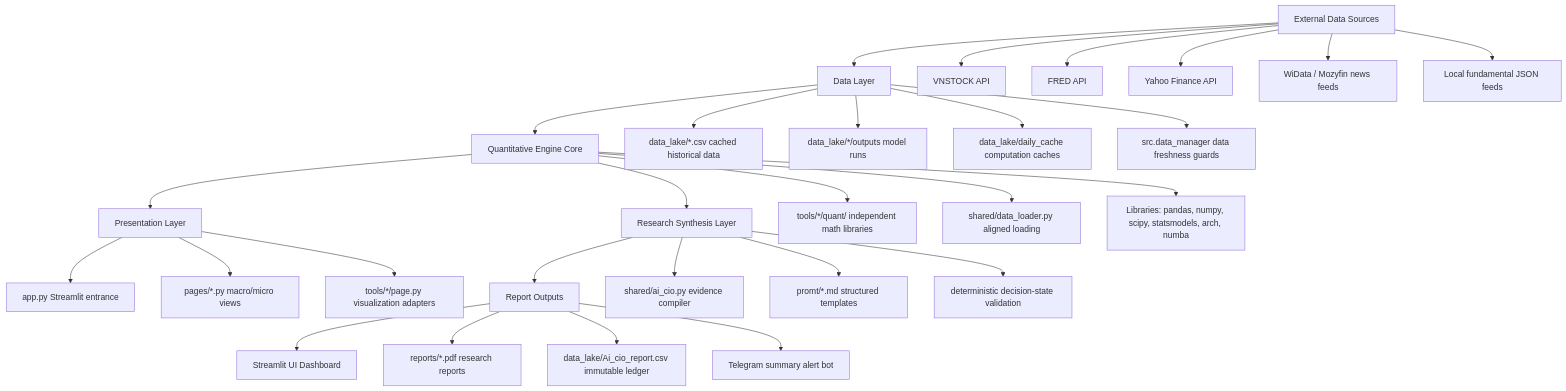
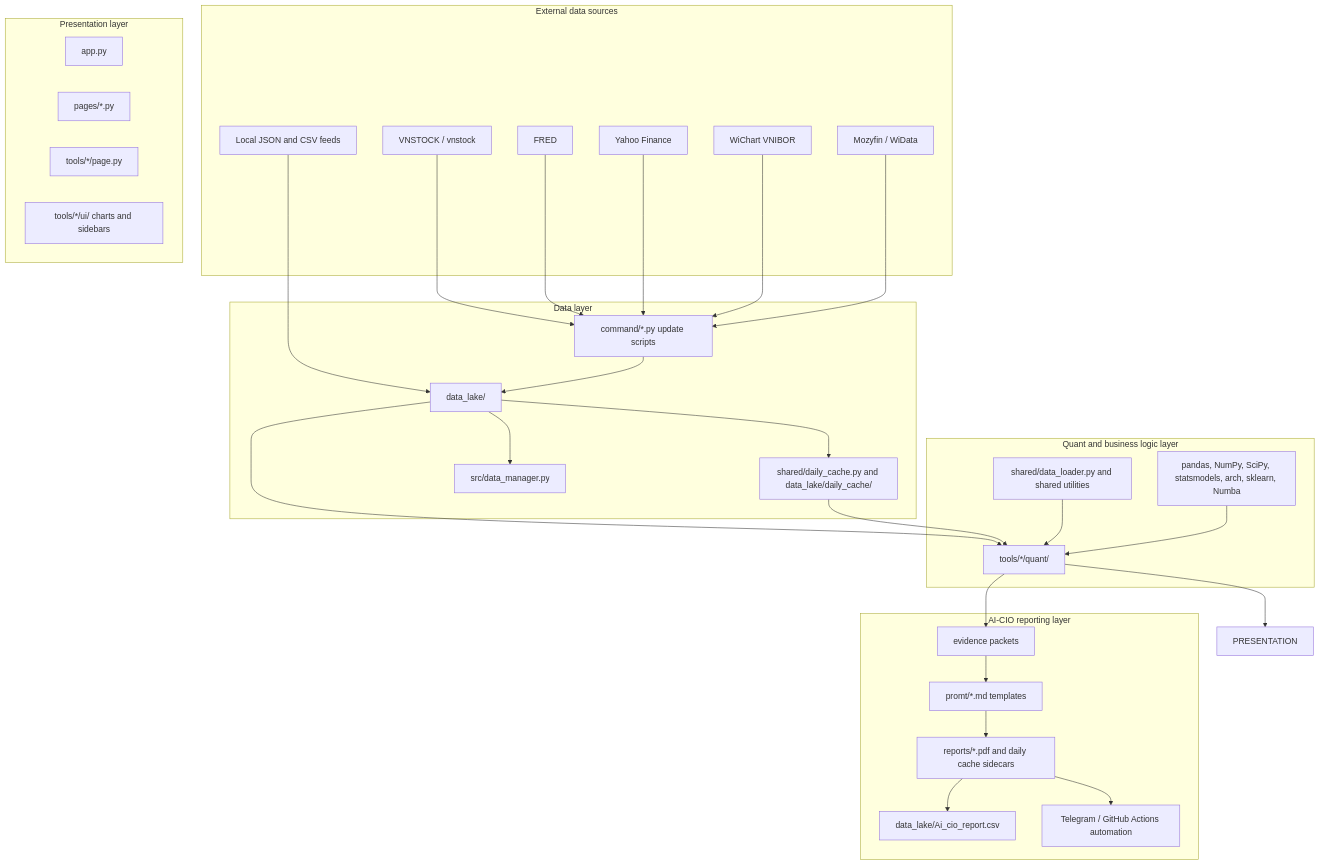
The diagram in README.md (cuocsongthinhvuong8868-sketch/onl_quant-platform), drawn with Mermaid before and after one commit. The commit also changed other lines of this file, not shown here.

````diff
--- a/README.md
+++ b/README.md
@@ -51,36 +66,59 @@
 ```mermaid
-flowchart TD
-    A[External Data Sources] --> B[Data Layer]
-    B --> C[Quantitative Engine Core]
-    C --> D[Presentation Layer]
-    C --> E[Research Synthesis Layer]
-    E --> F[Report Outputs]
+flowchart TB
+    subgraph External_Data[External data sources]
+        VNSTOCK[VNSTOCK / vnstock]
+        FRED[FRED]
+        YAHOO[Yahoo Finance]
+        WICHART[WiChart VNIBOR]
+        NEWS[Mozyfin / WiData]
+        LOCAL[Local JSON and CSV feeds]
+    end
 
-    A --> A1[VNSTOCK API]
-    A --> A2[FRED API]
-    A --> A3[Yahoo Finance API]
-    A --> A4[WiData / Mozyfin news feeds]
-    A --> A5[Local fundamental JSON feeds]
+    subgraph Data_Layer[Data layer]
+        LAKE[data_lake/]
+        COMMANDS[command/*.py update scripts]
+        CACHE[shared/daily_cache.py and data_lake/daily_cache/]
+        HEALTH[src/data_manager.py]
+    end
 
-    B --> B1[data_lake/*.csv cached historical data]
-    B --> B2[data_lake/*/outputs model runs]
-    B --> B3[data_lake/daily_cache computation caches]
-    B --> B4[src.data_manager data freshness guards]
+    subgraph Quant_Layer[Quant and business logic layer]
+        QUANT[tools/*/quant/]
+        SHARED[shared/data_loader.py and shared utilities]
+        LIBS[pandas, NumPy, SciPy, statsmodels, arch, sklearn, Numba]
+    end
 
-    C --> C1[tools/*/quant/ independent math libraries]
-    C --> C2[shared/data_loader.py aligned loading]
-    C --> C3[Libraries: pandas, numpy, scipy, statsmodels, arch, numba]
+    subgraph Presentation[Presentation layer]
+        APP[app.py]
+        PAGES[pages/*.py]
+        TOOLPAGES[tools/*/page.py]
+        CHARTS[tools/*/ui/ charts and sidebars]
+    end
 
-    D --> D1[app.py Streamlit entrance]
-    D --> D2[pages/*.py macro/micro views]
-    D --> D3[tools/*/page.py visualization adapters]
+    subgraph AI_CIO[AI-CIO reporting layer]
+        PACKETS[evidence packets]
+        PROMPTS[promt/*.md templates]
+        LEDGER[data_lake/Ai_cio_report.csv]
+        REPORTS[reports/*.pdf and daily cache sidecars]
+        DELIVERY[Telegram / GitHub Actions automation]
+    end
 
-    E --> E1[shared/ai_cio.py evidence compiler]
-    E --> E2[promt/*.md structured templates]
-    E --> E3[deterministic decision-state validation]
-
-    F --> F1[Streamlit UI Dashboard]
-    F --> F2[reports/*.pdf research reports]
-    F --> F3[data_lake/Ai_cio_report.csv immutable ledger]
-    F --> F4[Telegram summary alert bot]
+    VNSTOCK --> COMMANDS
+    FRED --> COMMANDS
+    YAHOO --> COMMANDS
+    WICHART --> COMMANDS
+    NEWS --> COMMANDS
+    LOCAL --> LAKE
+    COMMANDS --> LAKE
+    LAKE --> CACHE
+    LAKE --> HEALTH
+    LAKE --> QUANT
+    CACHE --> QUANT
+    QUANT --> PRESENTATION
+    SHARED --> QUANT
+    LIBS --> QUANT
+    QUANT --> PACKETS
+    PACKETS --> PROMPTS
+    PROMPTS --> REPORTS
+    REPORTS --> LEDGER
+    REPORTS --> DELIVERY
 ```
````
